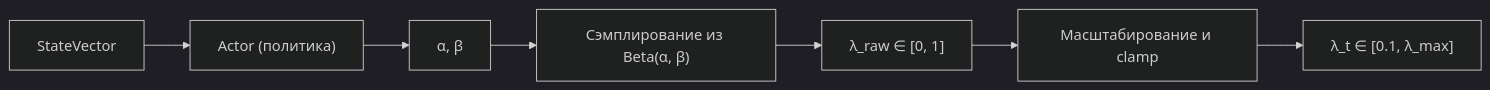
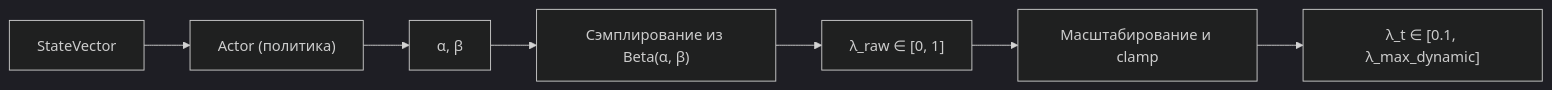
One commit to Pavel14701/galatea changed the third of 7 diagrams in docs/pr_migration_architecture.md. Above: the diagram before and after it, drawn with Mermaid (dark theme). The commit also changed other lines of this file and 1 other file, not shown here.

````diff
--- a/docs/pr_migration_architecture.md
+++ b/docs/pr_migration_architecture.md
@@ -99,9 +101,9 @@
 ```mermaid
 flowchart LR
     StateVector --> Actor["Actor (политика)"]
     Actor --> AlphaBeta["α, β"]
     AlphaBeta --> Sample["Сэмплирование из Beta(α, β)"]
     Sample --> Raw["λ_raw ∈ [0, 1]"]
     Raw --> Scale["Масштабирование и clamp"]
-    Scale --> Lambda["λ_t ∈ [0.1, λ_max]"]
+    Scale --> Lambda["λ_t ∈ [0.1, λ_max_dynamic]"]
 ```
````
